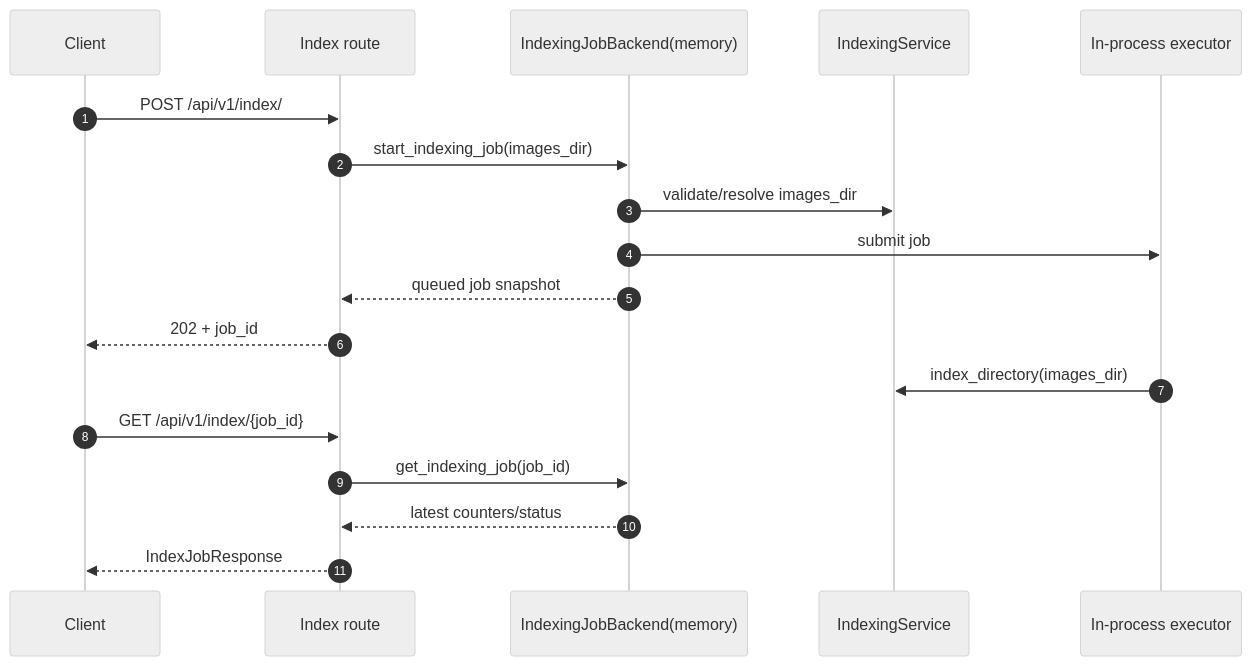
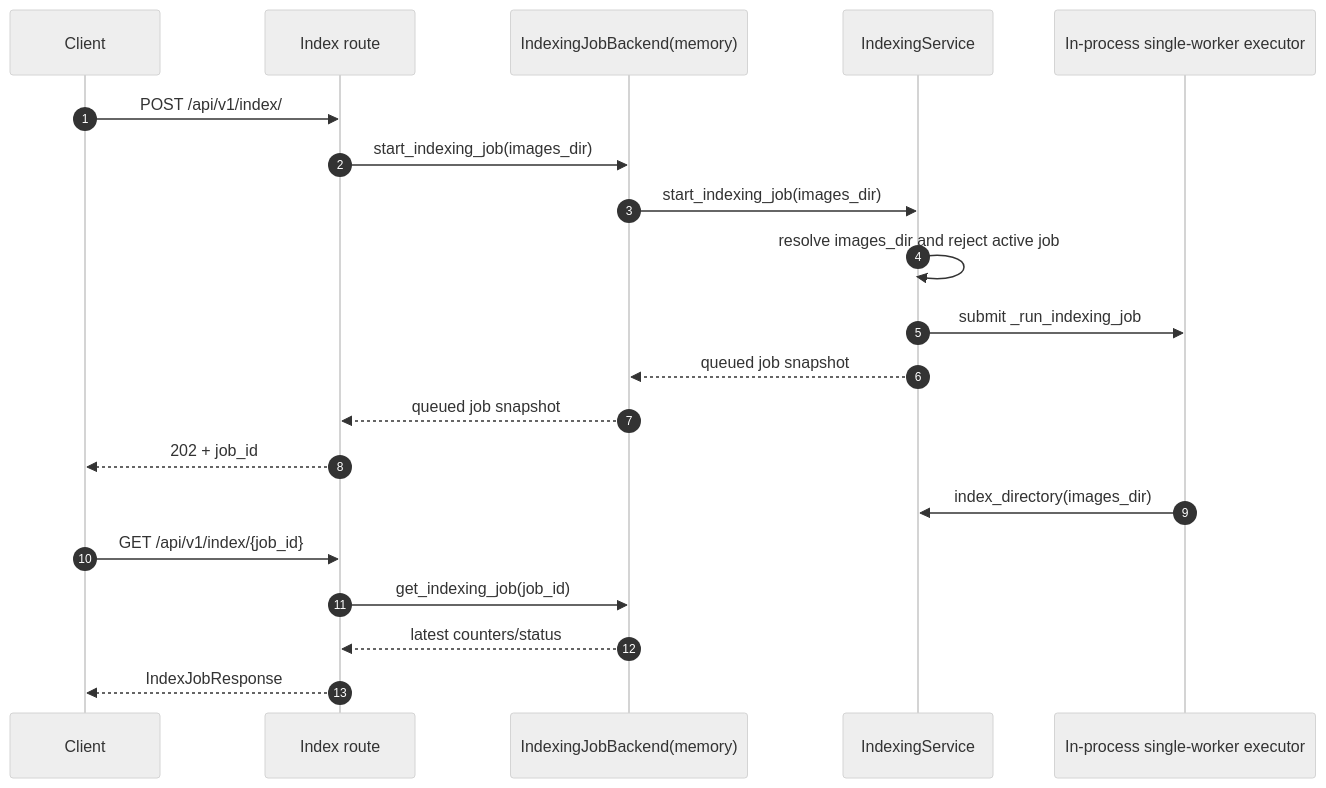
Before and after one commit to awun0105/CLIP-Image-Retrieval-Gradio-App: the fifth of 10 diagrams in docs/EN/data-flow.md, drawn with Mermaid (neutral theme). The commit also changed other lines of this file, not shown here.

Commit message:
docs: clarify current data flow behavior

````diff
--- a/docs/EN/data-flow.md
+++ b/docs/EN/data-flow.md
@@ -175,21 +184,23 @@
 ```mermaid
 sequenceDiagram
     autonumber
     participant C as Client
     participant API as Index route
     participant Jobs as IndexingJobBackend(memory)
     participant IX as IndexingService
-    participant BG as In-process executor
+    participant BG as In-process single-worker executor
 
     C->>API: POST /api/v1/index/
     API->>Jobs: start_indexing_job(images_dir)
-    Jobs->>IX: validate/resolve images_dir
-    Jobs->>BG: submit job
+    Jobs->>IX: start_indexing_job(images_dir)
+    IX->>IX: resolve images_dir and reject active job
+    IX->>BG: submit _run_indexing_job
+    IX-->>Jobs: queued job snapshot
     Jobs-->>API: queued job snapshot
     API-->>C: 202 + job_id
     BG->>IX: index_directory(images_dir)
     C->>API: GET /api/v1/index/{job_id}
     API->>Jobs: get_indexing_job(job_id)
     Jobs-->>API: latest counters/status
     API-->>C: IndexJobResponse
 ```
````
